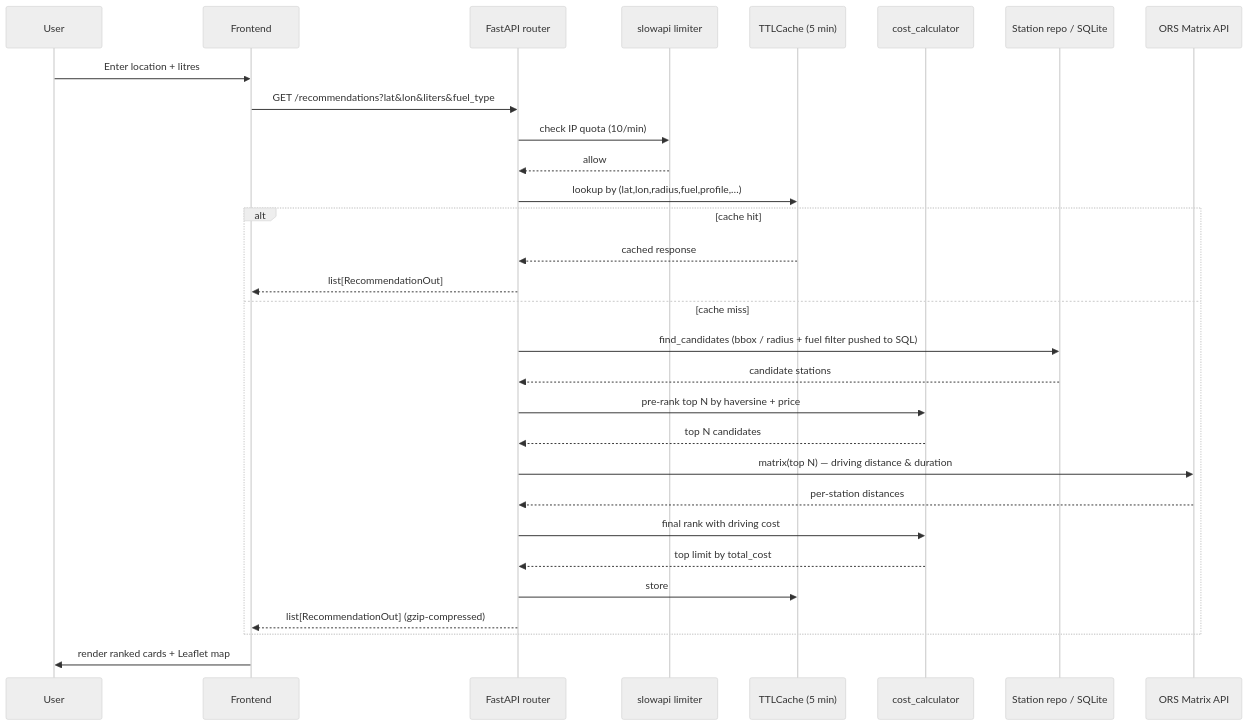
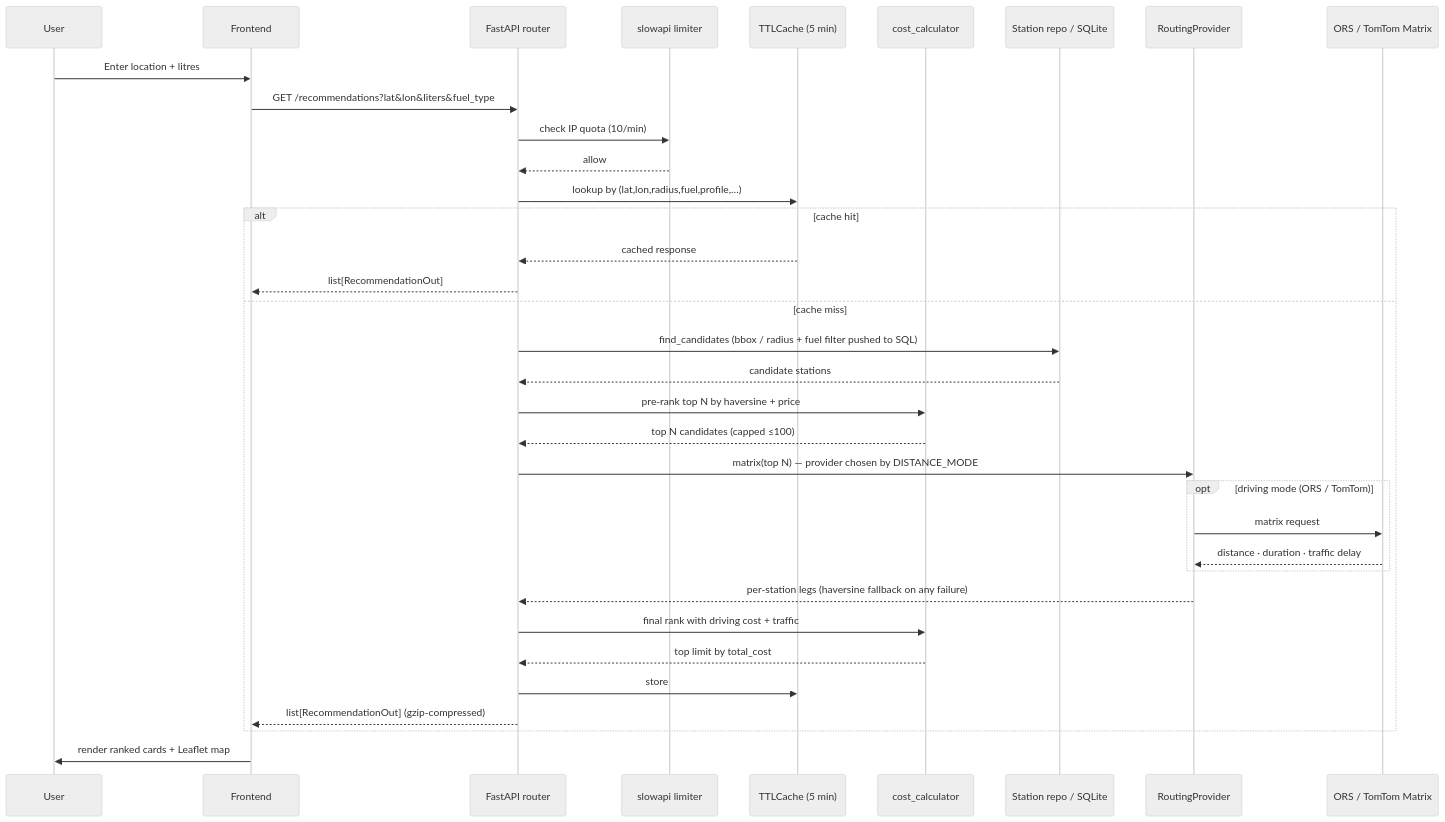
The second of 2 diagrams in README.md (JoanOliver04/Data_Fuel), drawn with Mermaid (neutral theme) before and after one commit. The commit also changed other lines of this file and 3 other files, not shown here.

````diff
--- a/README.md
+++ b/README.md
@@ -123,33 +123,38 @@
 ```mermaid
 sequenceDiagram
     participant U as User
     participant F as Frontend
     participant R as FastAPI router
     participant RL as slowapi limiter
     participant C as TTLCache (5 min)
     participant S as cost_calculator
     participant DB as Station repo / SQLite
-    participant ORS as ORS Matrix API
+    participant RP as RoutingProvider
+    participant Ext as ORS / TomTom Matrix
 
     U->>F: Enter location + litres
     F->>R: GET /recommendations?lat&lon&liters&fuel_type
     R->>RL: check IP quota (10/min)
     RL-->>R: allow
     R->>C: lookup by (lat,lon,radius,fuel,profile,…)
     alt cache hit
         C-->>R: cached response
         R-->>F: list[RecommendationOut]
     else cache miss
         R->>DB: find_candidates (bbox / radius + fuel filter pushed to SQL)
         DB-->>R: candidate stations
         R->>S: pre-rank top N by haversine + price
-        S-->>R: top N candidates
-        R->>ORS: matrix(top N) — driving distance & duration
-        ORS-->>R: per-station distances
-        R->>S: final rank with driving cost
+        S-->>R: top N candidates (capped ≤100)
+        R->>RP: matrix(top N) — provider chosen by DISTANCE_MODE
+        opt driving mode (ORS / TomTom)
+            RP->>Ext: matrix request
+            Ext-->>RP: distance · duration · traffic delay
+        end
+        RP-->>R: per-station legs (haversine fallback on any failure)
+        R->>S: final rank with driving cost + traffic
         S-->>R: top limit by total_cost
         R->>C: store
         R-->>F: list[RecommendationOut] (gzip-compressed)
     end
     F->>U: render ranked cards + Leaflet map
 ```
````
